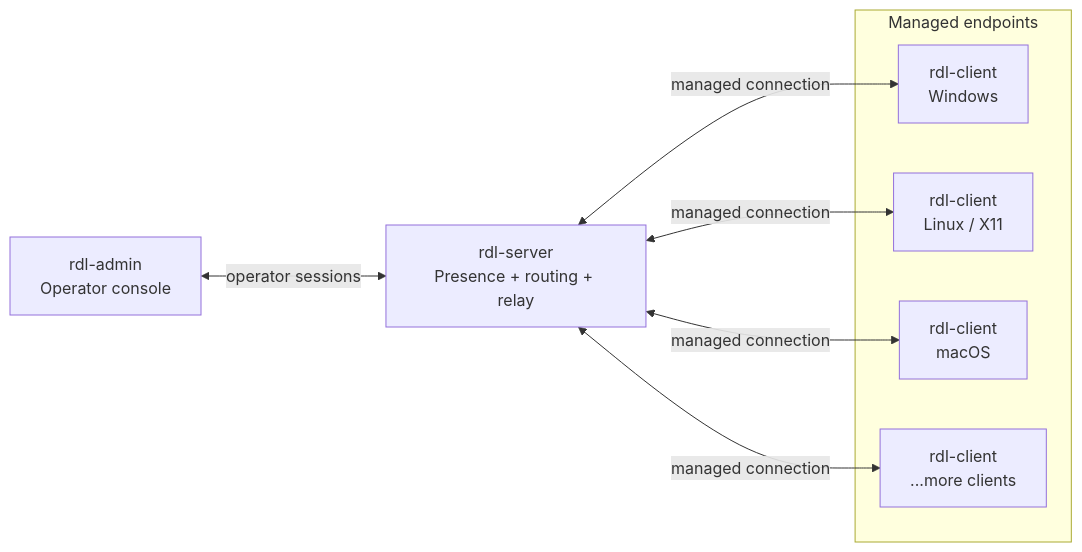
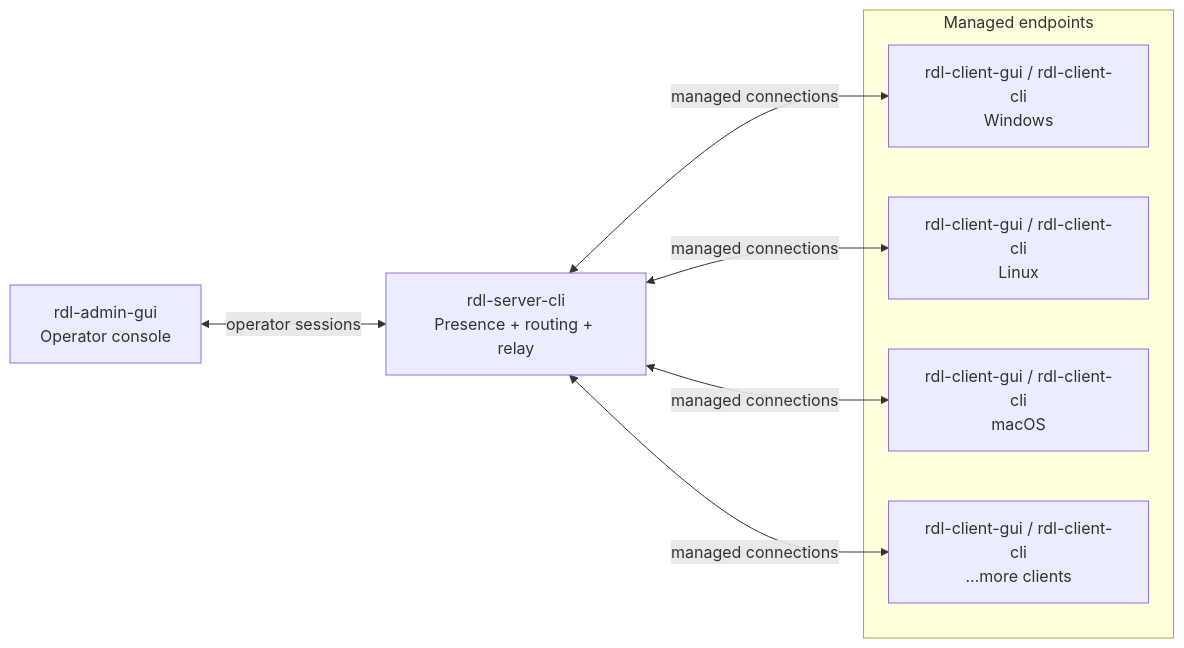
One commit to winteryz/rustdesk-light changed the diagram in README.md. Above: the diagram before and after it, drawn with Mermaid. The commit also changed other lines of this file and 29 other files, not shown here.

Commit message:
Add CLI client build and suffixed binaries

````diff
--- a/README.md
+++ b/README.md
@@ -23,18 +107,18 @@
 ```mermaid
 flowchart LR
-    Admin["rdl-admin\nOperator console"]
-    Server["rdl-server\nPresence + routing + relay"]
+    Admin["rdl-admin-gui\nOperator console"]
+    Server["rdl-server-cli\nPresence + routing + relay"]
 
     subgraph Clients["Managed endpoints"]
-        Win["rdl-client\nWindows"]
-        Linux["rdl-client\nLinux / X11"]
-        Mac["rdl-client\nmacOS"]
-        More["rdl-client\n...more clients"]
+        Win["rdl-client-gui / rdl-client-cli\nWindows"]
+        Linux["rdl-client-gui / rdl-client-cli\nLinux"]
+        Mac["rdl-client-gui / rdl-client-cli\nmacOS"]
+        More["rdl-client-gui / rdl-client-cli\n...more clients"]
     end
 
     Admin <-->|"operator sessions"| Server
-    Server <-->|"managed connection"| Win
-    Server <-->|"managed connection"| Linux
-    Server <-->|"managed connection"| Mac
-    Server <-->|"managed connection"| More
+    Server <-->|"managed connections"| Win
+    Server <-->|"managed connections"| Linux
+    Server <-->|"managed connections"| Mac
+    Server <-->|"managed connections"| More
 ```
````
